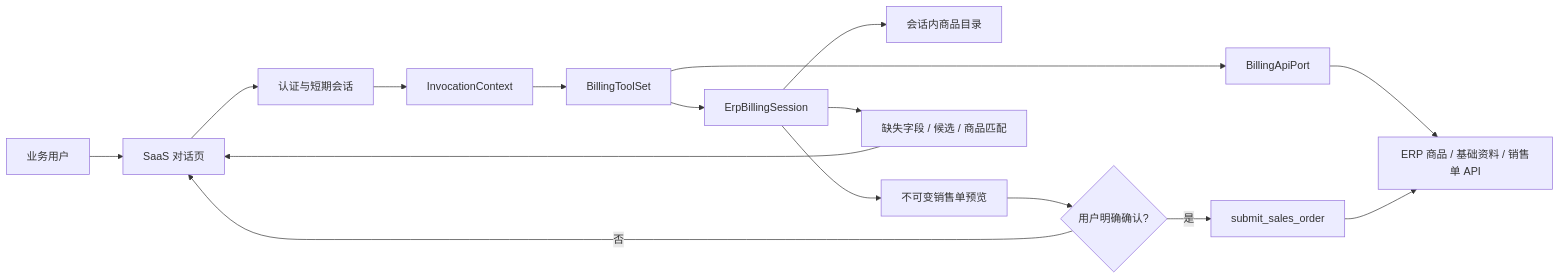
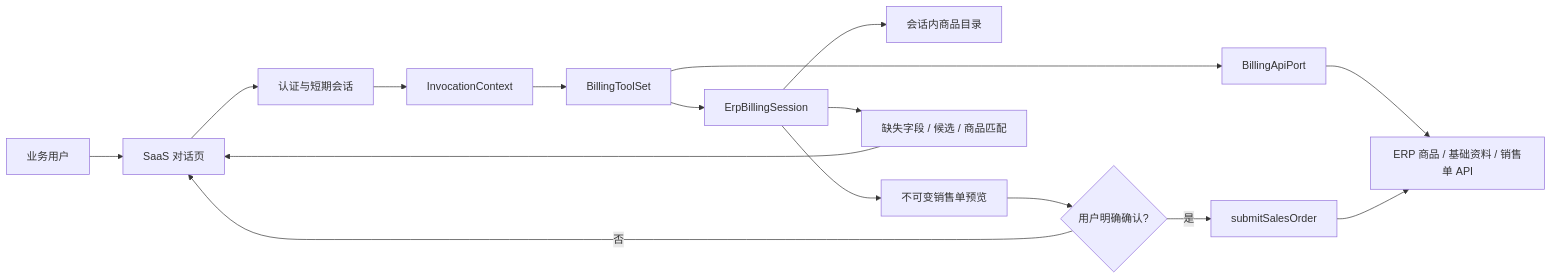
One commit to 757607106/gjp-cyb-mcp changed the diagram in docs/architecture/business-data-flow.md. Above: the diagram before and after it, drawn with Mermaid. The commit also changed other lines of this file and 15 other files, not shown here.

````diff
--- a/docs/architecture/business-data-flow.md
+++ b/docs/architecture/business-data-flow.md
@@ -7,18 +7,18 @@
 ```mermaid
 flowchart LR
     User["业务用户"] --> UI["SaaS 对话页"]
     UI --> Auth["认证与短期会话"]
     Auth --> Context["InvocationContext"]
     Context --> ToolSet["BillingToolSet"]
     ToolSet --> Session["ErpBillingSession"]
     ToolSet --> Port["BillingApiPort"]
     Port --> ERP["ERP 商品 / 基础资料 / 销售单 API"]
     Session --> Catalog["会话内商品目录"]
     Session --> Preview["不可变销售单预览"]
     Preview --> Confirm{"用户明确确认?"}
-    Confirm -->|是| Submit["submit_sales_order"]
+    Confirm -->|是| Submit["submitSalesOrder"]
     Submit --> ERP
     Confirm -->|否| UI
     Session --> Result["缺失字段 / 候选 / 商品匹配"]
     Result --> UI
 ```
````
